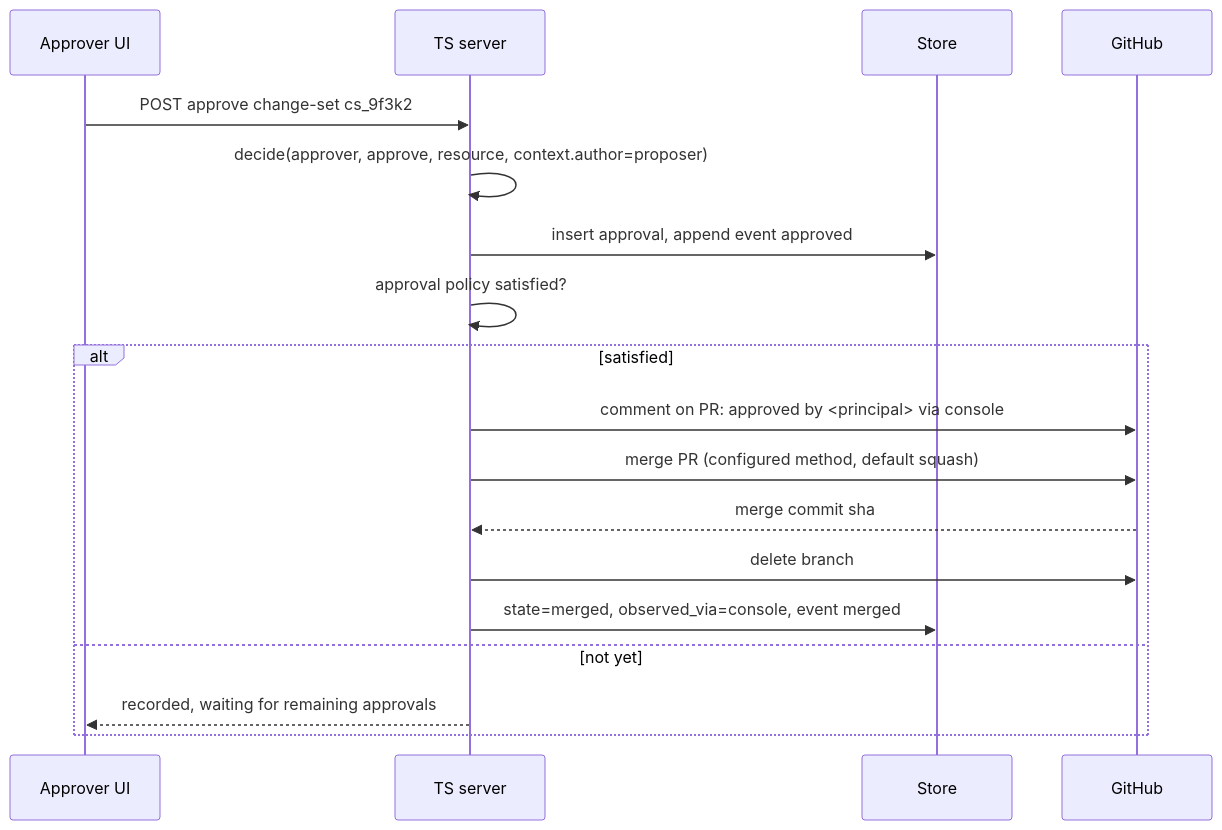
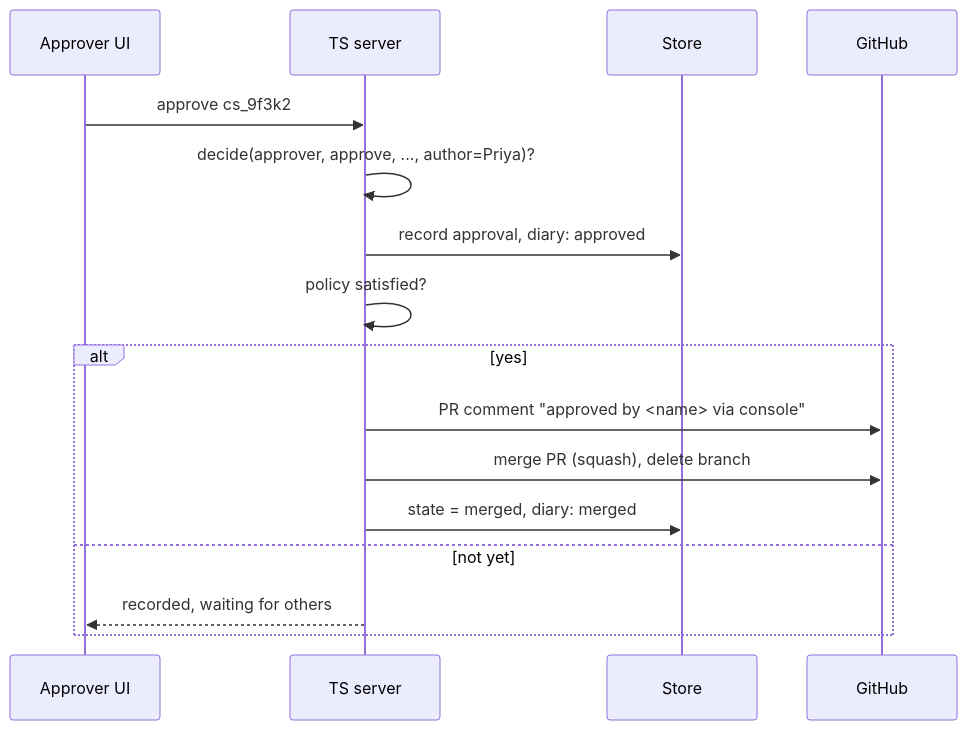
Before and after one commit to manasgarg/rototo: the fourth of 5 diagrams in design/console-git-ops.md, drawn with Mermaid. The commit also changed other lines of this file, not shown here.

````diff
--- a/design/console-git-ops.md
+++ b/design/console-git-ops.md
@@ -251,21 +286,19 @@
 ```mermaid
 sequenceDiagram
     participant AU as Approver UI
     participant TS as TS server
     participant ST as Store
     participant GH as GitHub
 
-    AU->>TS: POST approve change-set cs_9f3k2
-    TS->>TS: decide(approver, approve, resource, context.author=proposer)
-    TS->>ST: insert approval, append event approved
-    TS->>TS: approval policy satisfied?
-    alt satisfied
-        TS->>GH: comment on PR: approved by <principal> via console
-        TS->>GH: merge PR (configured method, default squash)
-        GH-->>TS: merge commit sha
-        TS->>GH: delete branch
-        TS->>ST: state=merged, observed_via=console, event merged
+    AU->>TS: approve cs_9f3k2
+    TS->>TS: decide(approver, approve, ..., author=Priya)?
+    TS->>ST: record approval, diary: approved
+    TS->>TS: policy satisfied?
+    alt yes
+        TS->>GH: PR comment "approved by <name> via console"
+        TS->>GH: merge PR (squash), delete branch
+        TS->>ST: state = merged, diary: merged
     else not yet
-        TS-->>AU: recorded, waiting for remaining approvals
+        TS-->>AU: recorded, waiting for others
     end
 ```
````
